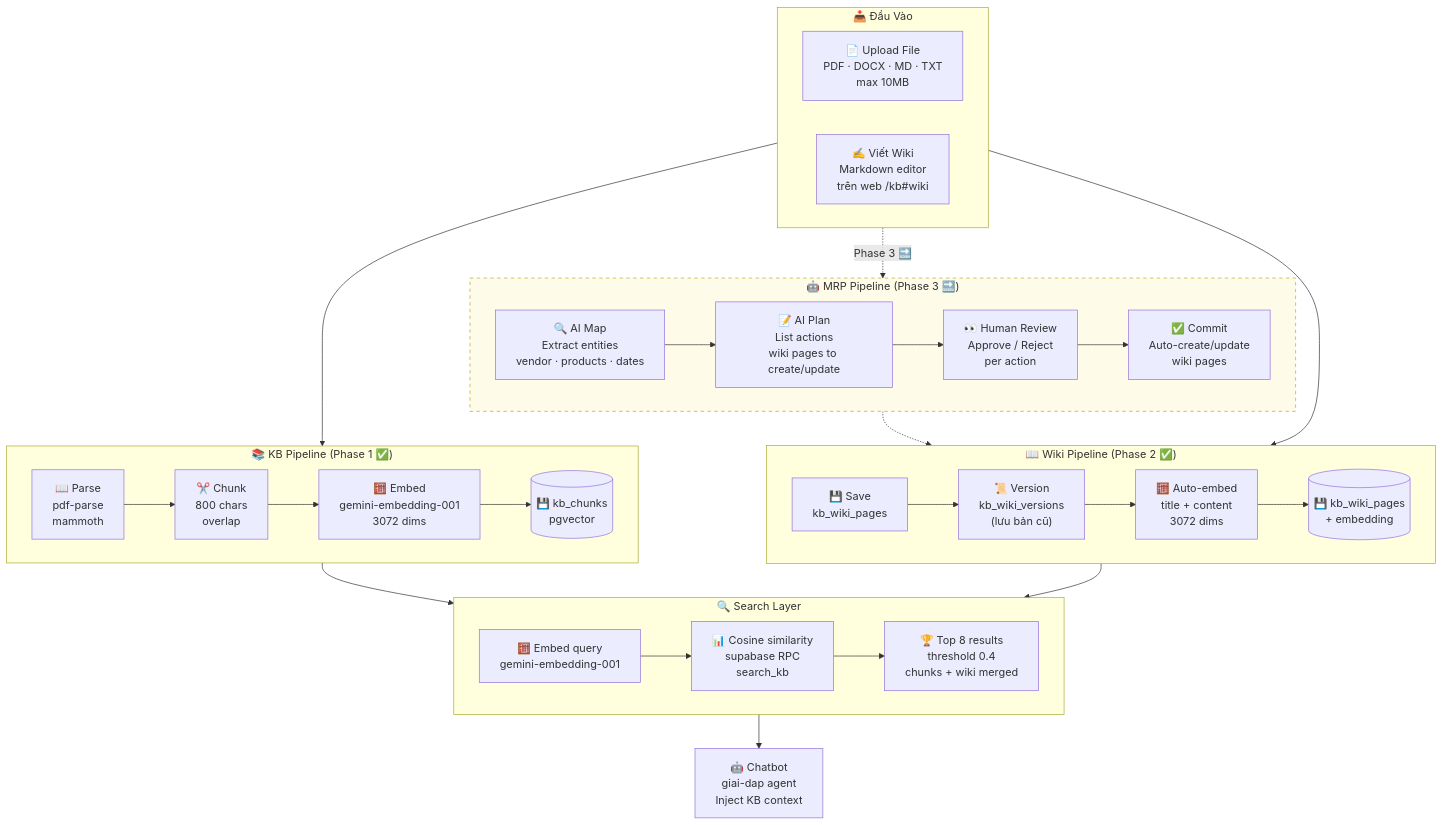
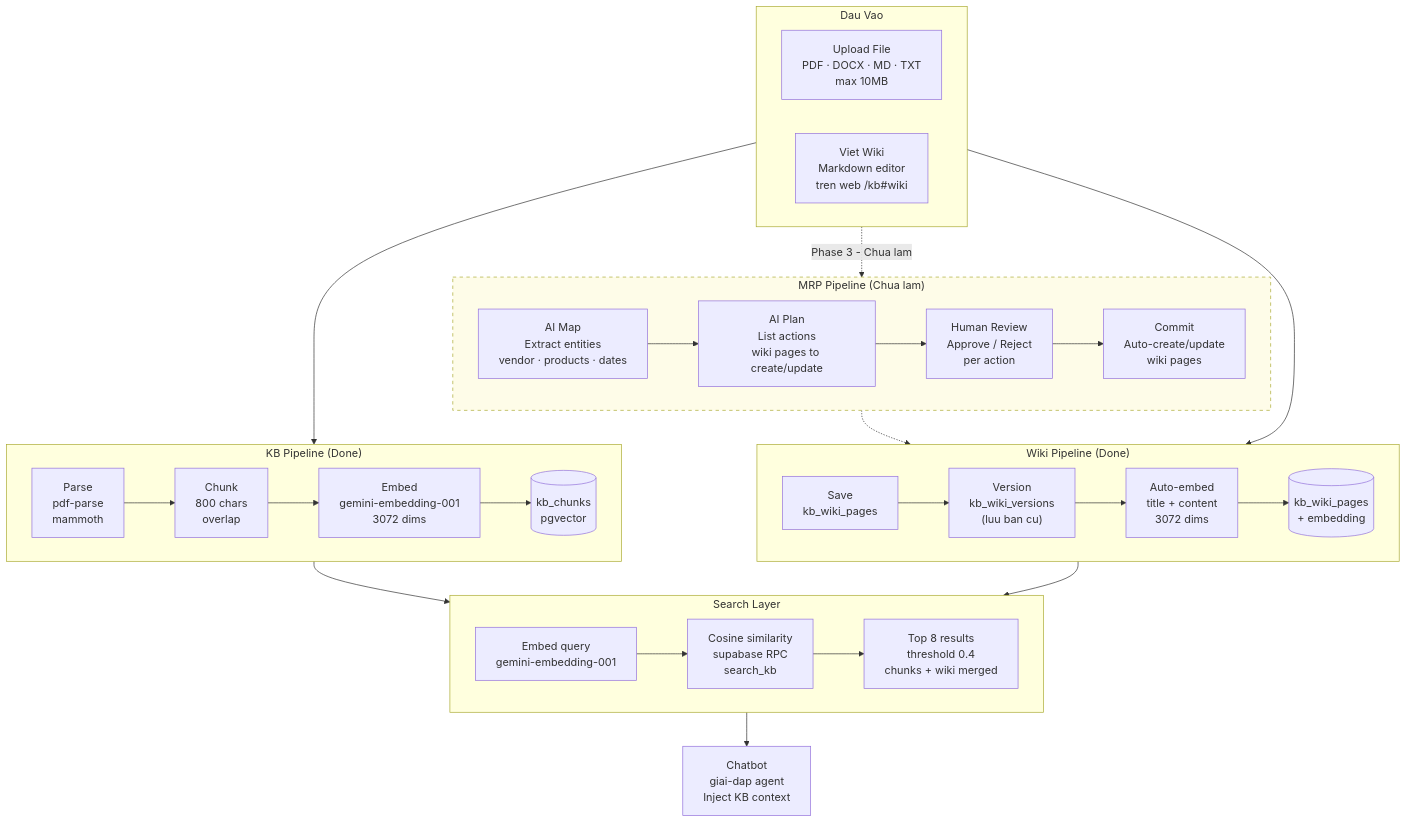
Before and after one commit to NguyenHoangHieu-ue/gohub: the fourth of 7 diagrams in docs/wiki/system/Second-Brain-Architecture.md, drawn with Mermaid. The commit also changed other lines of this file, not shown here.

First line of the commit message:
fix: Second Brain diagram — remove emoji + add Done/Chua lam status notes

````diff
--- a/docs/wiki/system/Second-Brain-Architecture.md
+++ b/docs/wiki/system/Second-Brain-Architecture.md
@@ -196,37 +190,37 @@
 ```mermaid
 flowchart TB
-    subgraph INPUT ["📥 Đầu Vào"]
+    subgraph INPUT ["Dau Vao"]
         direction LR
-        F1["📄 Upload File\nPDF · DOCX · MD · TXT\nmax 10MB"]
-        F2["✍️ Viết Wiki\nMarkdown editor\ntrên web /kb#wiki"]
+        F1["Upload File\nPDF · DOCX · MD · TXT\nmax 10MB"]
+        F2["Viet Wiki\nMarkdown editor\ntren web /kb#wiki"]
     end
 
-    subgraph KB_FLOW ["📚 KB Pipeline  (Phase 1 ✅)"]
+    subgraph KB_FLOW ["KB Pipeline (Done)"]
         direction LR
-        K1["📖 Parse\npdf-parse\nmammoth"] --> K2["✂️ Chunk\n800 chars\noverlap"] --> K3["🧮 Embed\ngemini-embedding-001\n3072 dims"] --> K4[("💾 kb_chunks\npgvector")]
+        K1["Parse\npdf-parse\nmammoth"] --> K2["Chunk\n800 chars\noverlap"] --> K3["Embed\ngemini-embedding-001\n3072 dims"] --> K4[("kb_chunks\npgvector")]
     end
 
-    subgraph WIKI_FLOW ["📖 Wiki Pipeline  (Phase 2 ✅)"]
+    subgraph WIKI_FLOW ["Wiki Pipeline (Done)"]
         direction LR
-        W1["💾 Save\nkb_wiki_pages"] --> W2["📜 Version\nkb_wiki_versions\n(lưu bản cũ)"] --> W3["🧮 Auto-embed\ntitle + content\n3072 dims"] --> W4[("💾 kb_wiki_pages\n+ embedding")]
+        W1["Save\nkb_wiki_pages"] --> W2["Version\nkb_wiki_versions\n(luu ban cu)"] --> W3["Auto-embed\ntitle + content\n3072 dims"] --> W4[("kb_wiki_pages\n+ embedding")]
     end
 
-    subgraph MRP_FLOW ["🤖 MRP Pipeline  (Phase 3 🔜)"]
+    subgraph MRP_FLOW ["MRP Pipeline (Chua lam)"]
         direction LR
-        M1["🔍 AI Map\nExtract entities\nvendor · products · dates"] --> M2["📝 AI Plan\nList actions\nwiki pages to create/update"] --> M3["👀 Human Review\nApprove / Reject\nper action"] --> M4["✅ Commit\nAuto-create/update\nwiki pages"]
+        M1["AI Map\nExtract entities\nvendor · products · dates"] --> M2["AI Plan\nList actions\nwiki pages to create/update"] --> M3["Human Review\nApprove / Reject\nper action"] --> M4["Commit\nAuto-create/update\nwiki pages"]
     end
 
-    subgraph SEARCH ["🔍 Search Layer"]
+    subgraph SEARCH ["Search Layer"]
         direction LR
-        S1["🧮 Embed query\ngemini-embedding-001"] --> S2["📊 Cosine similarity\nsupabase RPC\nsearch_kb"] --> S3["🏆 Top 8 results\nthreshold 0.4\nchunks + wiki merged"]
+        S1["Embed query\ngemini-embedding-001"] --> S2["Cosine similarity\nsupabase RPC\nsearch_kb"] --> S3["Top 8 results\nthreshold 0.4\nchunks + wiki merged"]
     end
 
     F1 --> KB_FLOW
     F2 --> WIKI_FLOW
-    F1 -.->|"Phase 3 🔜"| MRP_FLOW -.-> WIKI_FLOW
+    F1 -.->|"Phase 3 - Chua lam"| MRP_FLOW -.-> WIKI_FLOW
 
     KB_FLOW & WIKI_FLOW --> SEARCH
-    SEARCH --> BOT["🤖 Chatbot\ngiai-dap agent\nInject KB context"]
+    SEARCH --> BOT["Chatbot\ngiai-dap agent\nInject KB context"]
 
     style MRP_FLOW stroke-dasharray: 5 5,fill:#fefce8
 ```
````
